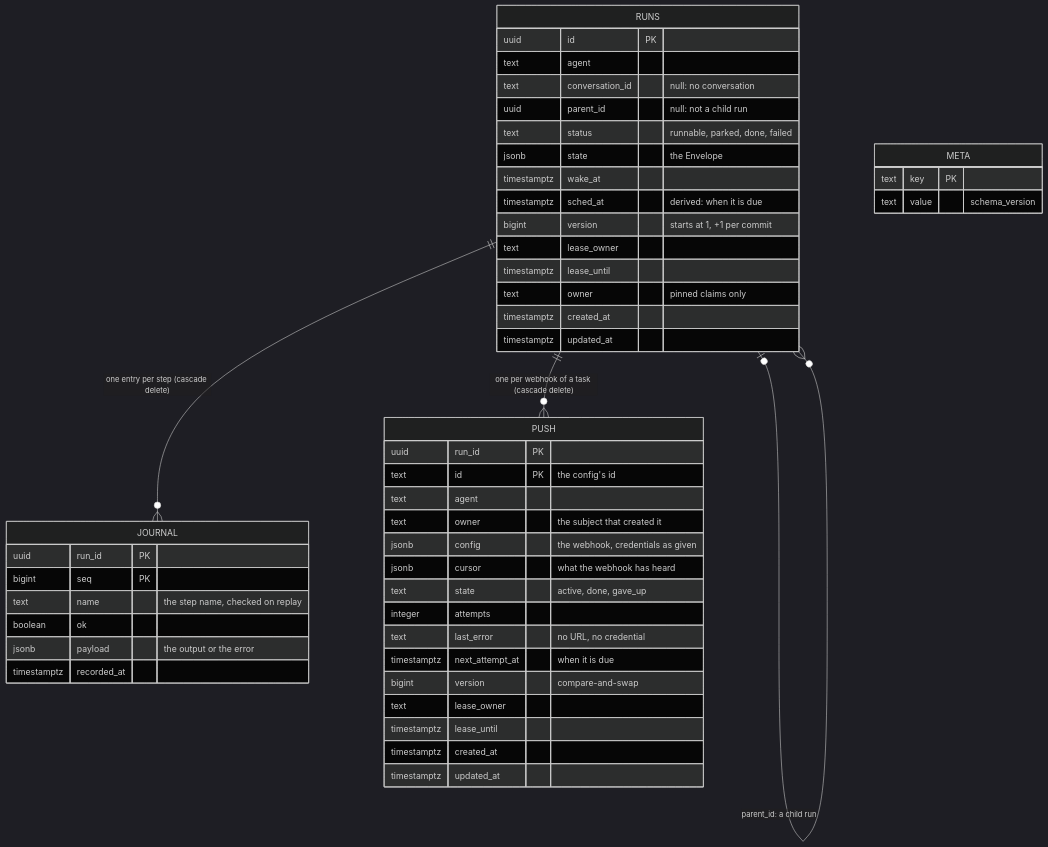
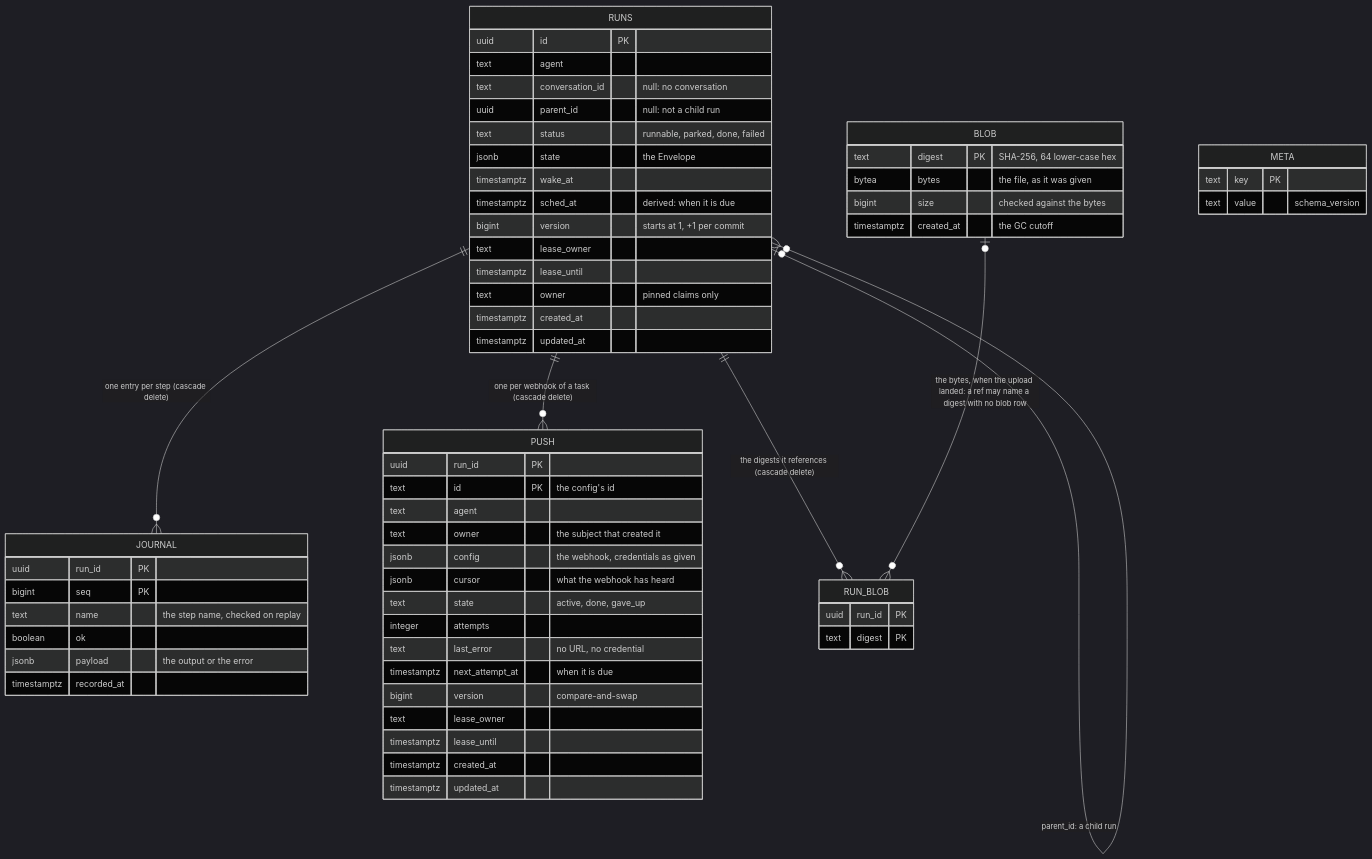
Before and after one commit to vymalo/another-adam-rs: diagram 16 of 26 in docs/architecture.md, drawn with Mermaid (dark theme). The commit also changed other lines of this file and 32 other files, not shown here.

First line of the commit message:
feat(store): file bytes out of the run (schema v5, part 1) (#204)

````diff
--- a/docs/architecture.md
+++ b/docs/architecture.md
@@ -907,51 +909,63 @@
 ```mermaid
 erDiagram
     RUNS ||--o{ JOURNAL : "one entry per step (cascade delete)"
     RUNS ||--o{ PUSH : "one per webhook of a task (cascade delete)"
+    RUNS ||--o{ RUN_BLOB : "the digests it references (cascade delete)"
+    BLOB |o--o{ RUN_BLOB : "the bytes, when the upload landed: a ref may name a digest with no blob row"
     RUNS |o--o{ RUNS : "parent_id: a child run"
     RUNS {
         uuid id PK
         text agent
         text conversation_id "null: no conversation"
         uuid parent_id "null: not a child run"
         text status "runnable, parked, done, failed"
         jsonb state "the Envelope"
         timestamptz wake_at
         timestamptz sched_at "derived: when it is due"
         bigint version "starts at 1, +1 per commit"
         text lease_owner
         timestamptz lease_until
         text owner "pinned claims only"
         timestamptz created_at
         timestamptz updated_at
     }
     JOURNAL {
         uuid run_id PK
         bigint seq PK
         text name "the step name, checked on replay"
         boolean ok
         jsonb payload "the output or the error"
         timestamptz recorded_at
     }
     PUSH {
         uuid run_id PK
         text id PK "the config's id"
         text agent
         text owner "the subject that created it"
         jsonb config "the webhook, credentials as given"
         jsonb cursor "what the webhook has heard"
         text state "active, done, gave_up"
         integer attempts
         text last_error "no URL, no credential"
         timestamptz next_attempt_at "when it is due"
         bigint version "compare-and-swap"
         text lease_owner
         timestamptz lease_until
         timestamptz created_at
         timestamptz updated_at
     }
+    BLOB {
+        text digest PK "SHA-256, 64 lower-case hex"
+        bytea bytes "the file, as it was given"
+        bigint size "checked against the bytes"
+        timestamptz created_at "the GC cutoff"
+    }
+    RUN_BLOB {
+        uuid run_id PK
+        text digest PK
+    }
     META {
         text key PK
         text value "schema_version"
     }
 ```
````
